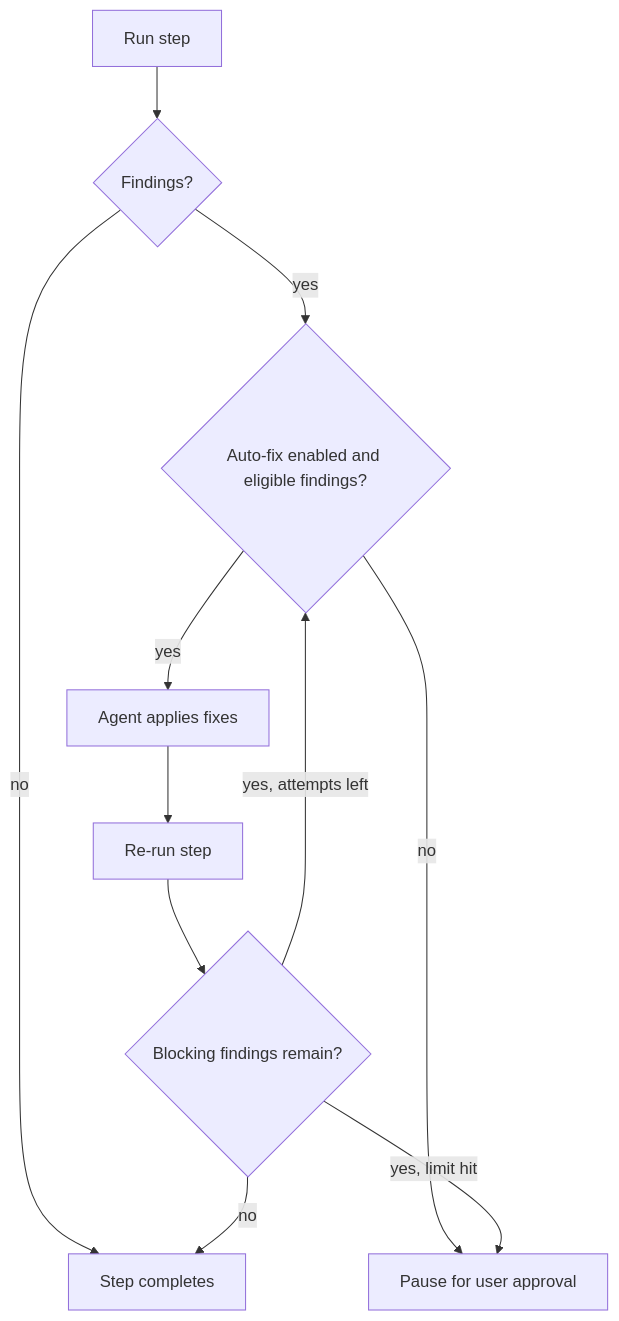
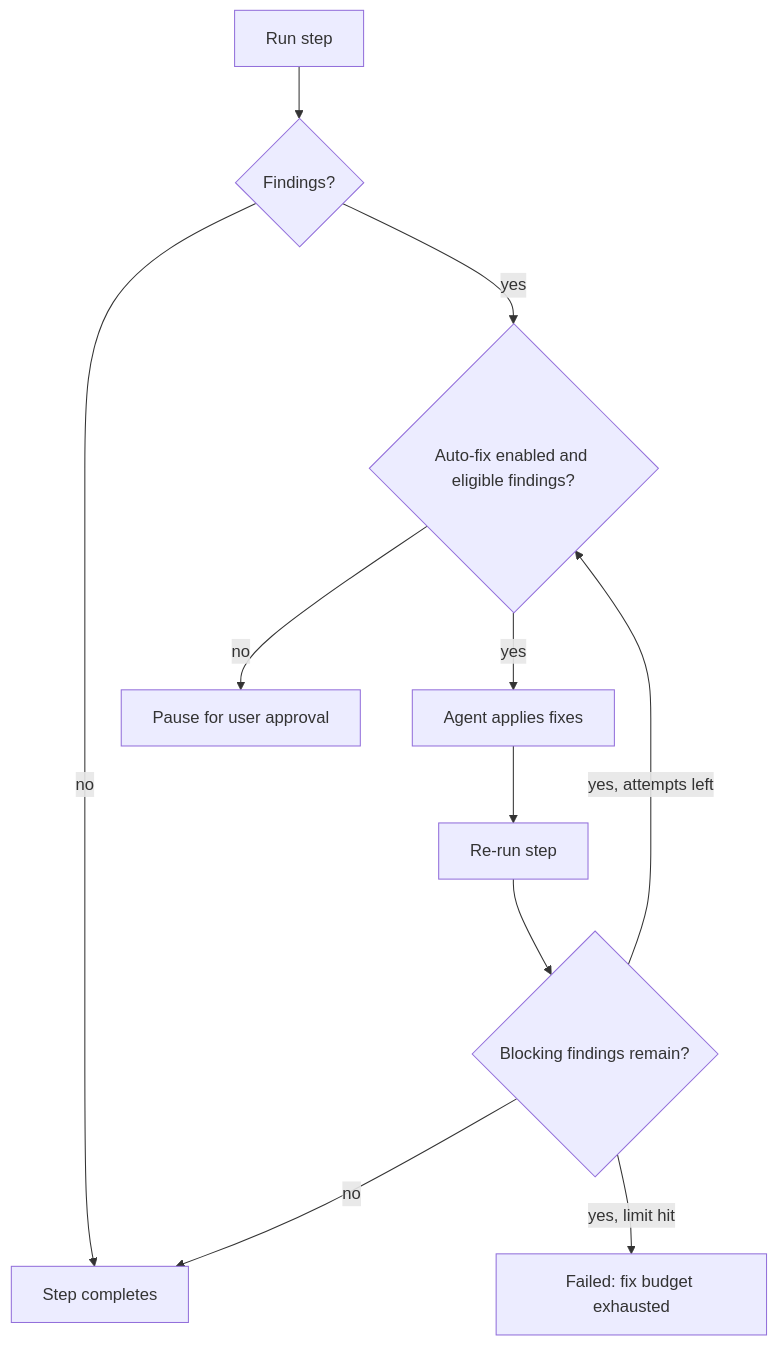
Before and after one commit to Blakeolson21/no-slop: the diagram in docs/src/content/docs/concepts/auto-fix.md, drawn with Mermaid. The commit also changed other lines of this file and 30 other files, not shown here.

````diff
--- a/docs/src/content/docs/concepts/auto-fix.md
+++ b/docs/src/content/docs/concepts/auto-fix.md
@@ -8,13 +8,13 @@
 ```mermaid
 flowchart TD
   run["Run step"] --> findings{"Findings?"}
   findings -- "no" --> done["Step completes"]
   findings -- "yes" --> eligible{"Auto-fix enabled and eligible findings?"}
   eligible -- "no" --> pause["Pause for user approval"]
   eligible -- "yes" --> fix["Agent applies fixes"]
   fix --> rerun["Re-run step"]
   rerun --> clean{"Blocking findings remain?"}
   clean -- "no" --> done
   clean -- "yes, attempts left" --> eligible
-  clean -- "yes, limit hit" --> pause
+  clean -- "yes, limit hit" --> failed["Failed: fix budget exhausted"]
 ```
````
